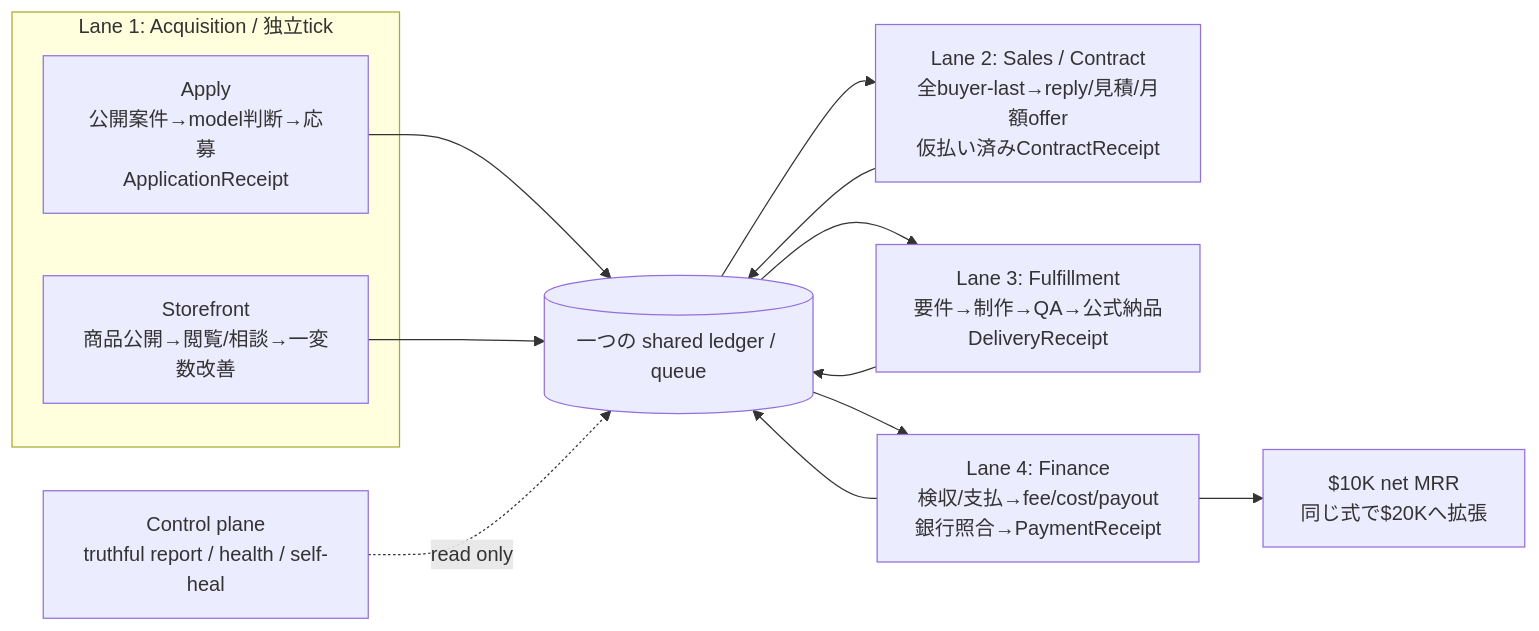
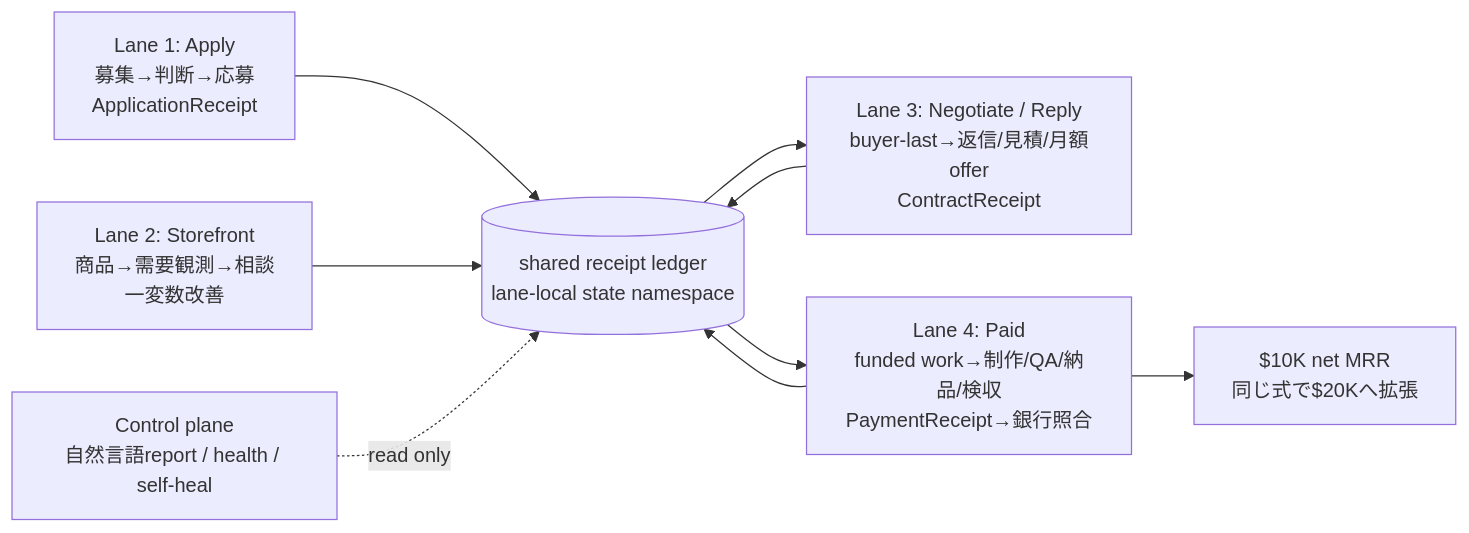
One commit to Daisuke134/anicca changed the fifth of 5 diagrams in docs/superpowers/specs/2026-08-13-lancers-20k-net-mrr-design.md. Above: the diagram before and after it, drawn with Mermaid. The commit also changed other lines of this file and 1 other file, not shown here.

Commit message:
docs(lancers): align with four-lane money loop

````diff
--- a/docs/superpowers/specs/2026-08-13-lancers-20k-net-mrr-design.md
+++ b/docs/superpowers/specs/2026-08-13-lancers-20k-net-mrr-design.md
@@ -1733,22 +1748,17 @@
 ```mermaid
 flowchart LR
-  subgraph ACQ[Lane 1: Acquisition / 独立tick]
-    A[Apply<br/>公開案件→model判断→応募<br/>ApplicationReceipt]
-    B[Storefront<br/>商品公開→閲覧/相談→一変数改善]
-  end
-
-  Q[(一つの shared ledger / queue)]
-  S[Lane 2: Sales / Contract<br/>全buyer-last→reply/見積/月額offer<br/>仮払い済みContractReceipt]
-  F[Lane 3: Fulfillment<br/>要件→制作→QA→公式納品<br/>DeliveryReceipt]
-  P[Lane 4: Finance<br/>検収/支払→fee/cost/payout<br/>銀行照合→PaymentReceipt]
+  A[Lane 1: Apply<br/>募集→判断→応募<br/>ApplicationReceipt]
+  B[Lane 2: Storefront<br/>商品→需要観測→相談<br/>一変数改善]
+  N[Lane 3: Negotiate / Reply<br/>buyer-last→返信/見積/月額offer<br/>ContractReceipt]
+  P[Lane 4: Paid<br/>funded work→制作/QA/納品/検収<br/>PaymentReceipt→銀行照合]
+  Q[(shared receipt ledger<br/>lane-local state namespace)]
   R[$10K net MRR<br/>同じ式で$20Kへ拡張]
-  C[Control plane<br/>truthful report / health / self-heal]
+  C[Control plane<br/>自然言語report / health / self-heal]
 
   A --> Q
   B --> Q
-  Q --> S --> Q
-  Q --> F --> Q
+  Q --> N --> Q
   Q --> P --> Q
   P --> R
   C -. read only .-> Q
 ```
````
